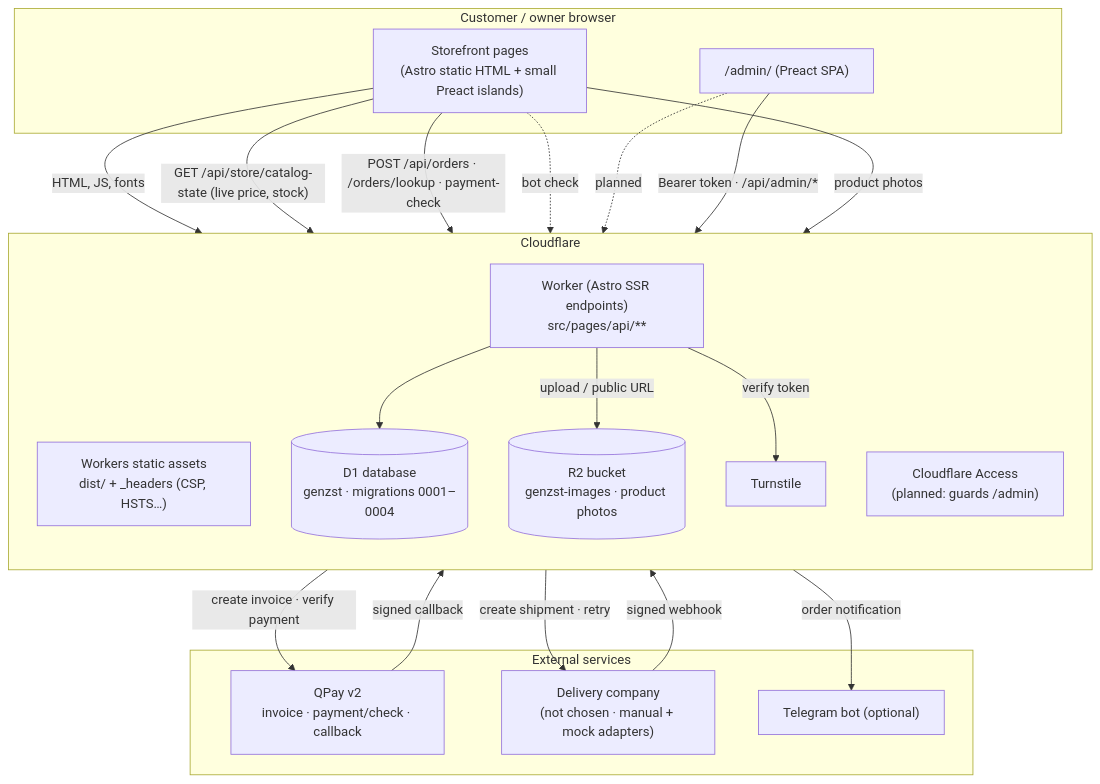
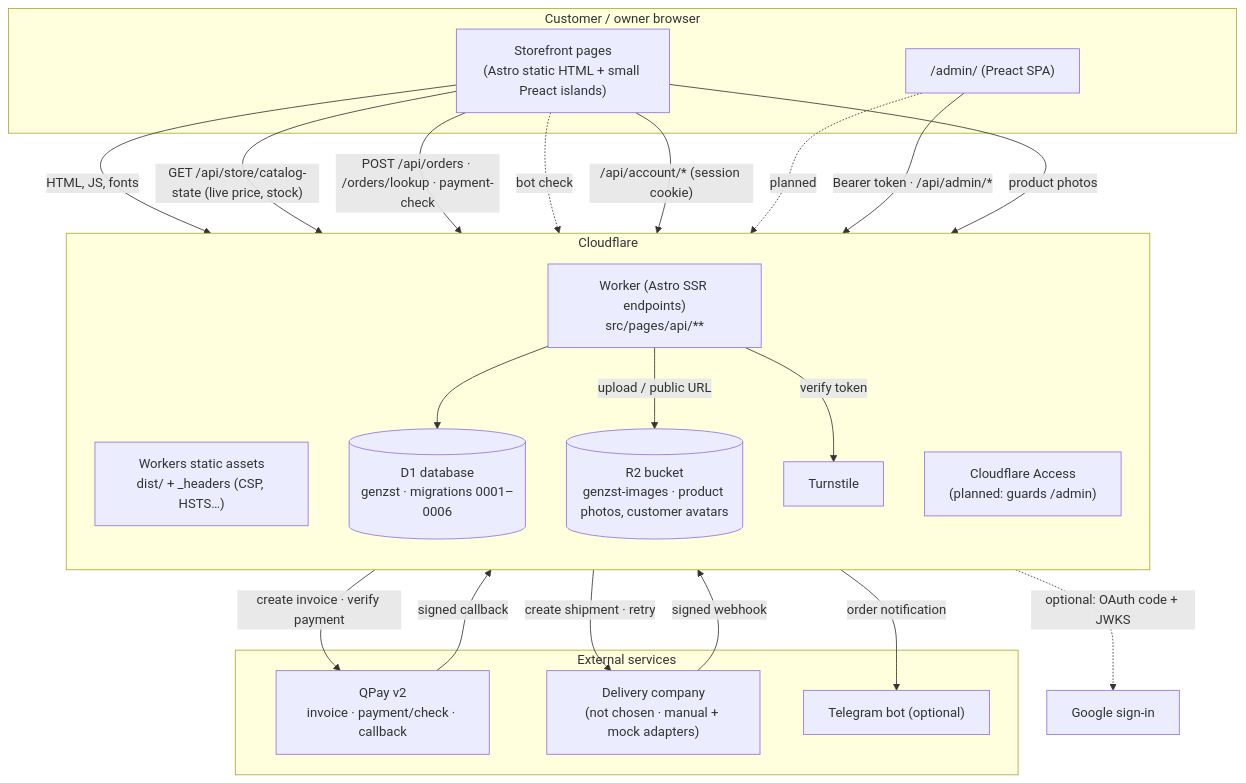
One commit to shugden-tech/online-shopping changed the first of 2 diagrams in docs/ARCHITECTURE.md. Above: the diagram before and after it, drawn with Mermaid. The commit also changed other lines of this file and 3 other files, not shown here.

First line of the commit message:
Docs: customer accounts contract (CONTRACTS §10), architecture, progress, context

````diff
--- a/docs/ARCHITECTURE.md
+++ b/docs/ARCHITECTURE.md
@@ -8,39 +8,41 @@
 ```mermaid
 flowchart TB
   subgraph Browser["Customer / owner browser"]
     SF["Storefront pages<br/>(Astro static HTML + small Preact islands)"]
     AD["/admin/ (Preact SPA)"]
   end
 
   subgraph CF["Cloudflare"]
     direction TB
     ASSETS["Workers static assets<br/>dist/ + _headers (CSP, HSTS…)"]
     W["Worker (Astro SSR endpoints)<br/>src/pages/api/**"]
-    D1[("D1 database<br/>genzst · migrations 0001–0004")]
-    R2[("R2 bucket<br/>genzst-images · product photos")]
+    D1[("D1 database<br/>genzst · migrations 0001–0006")]
+    R2[("R2 bucket<br/>genzst-images · product photos, customer avatars")]
     TS["Turnstile"]
     ACC["Cloudflare Access<br/>(planned: guards /admin)"]
   end
 
   subgraph Ext["External services"]
     QP["QPay v2<br/>invoice · payment/check · callback"]
     DL["Delivery company<br/>(not chosen · manual + mock adapters)"]
     TG["Telegram bot (optional)"]
   end
 
   SF -->|HTML, JS, fonts| ASSETS
   SF -->|"GET /api/store/catalog-state (live price, stock)"| W
   SF -->|"POST /api/orders · /orders/lookup · payment-check"| W
   SF -.->|bot check| TS
+  SF -->|"/api/account/* (session cookie)"| W
+  W -.->|"optional: OAuth code + JWKS"| GG["Google sign-in"]
   AD -.->|planned| ACC
   AD -->|"Bearer token · /api/admin/*"| W
   W --> D1
   W -->|upload / public URL| R2
   SF -->|product photos| R2
   W -->|"create invoice · verify payment"| QP
   QP -->|"signed callback"| W
   W -->|"create shipment · retry"| DL
   DL -->|"signed webhook"| W
   W -->|order notification| TG
   W -->|verify token| TS
 ```
````
